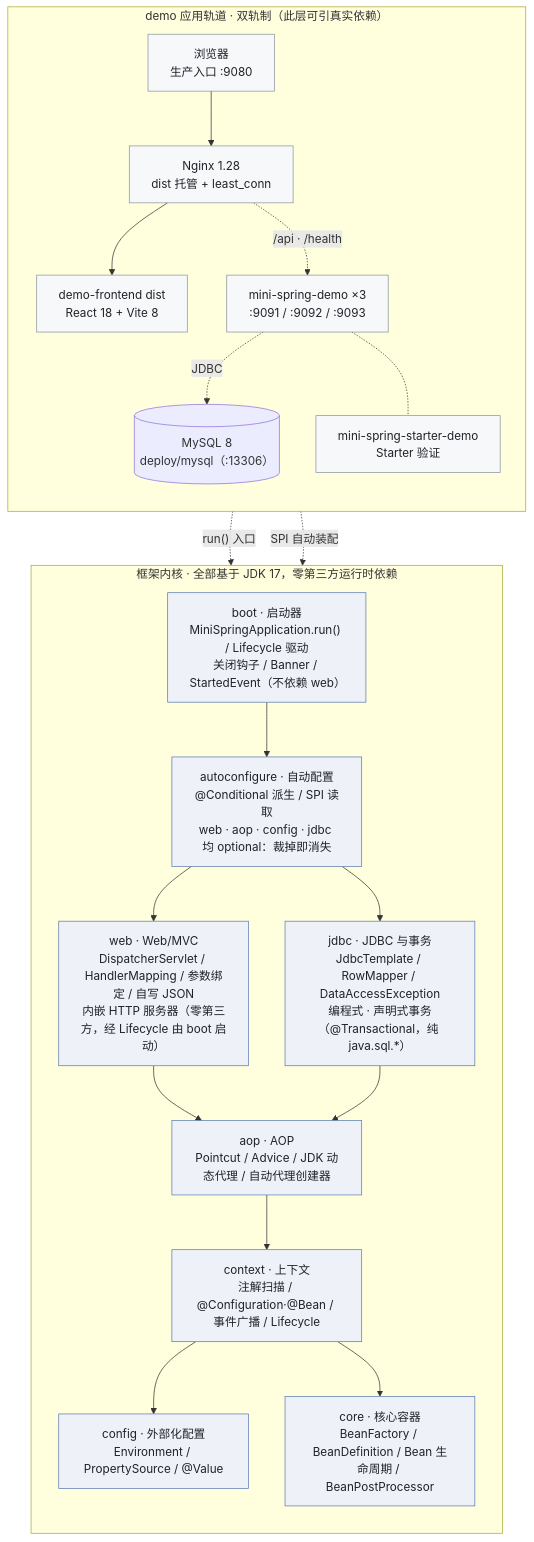
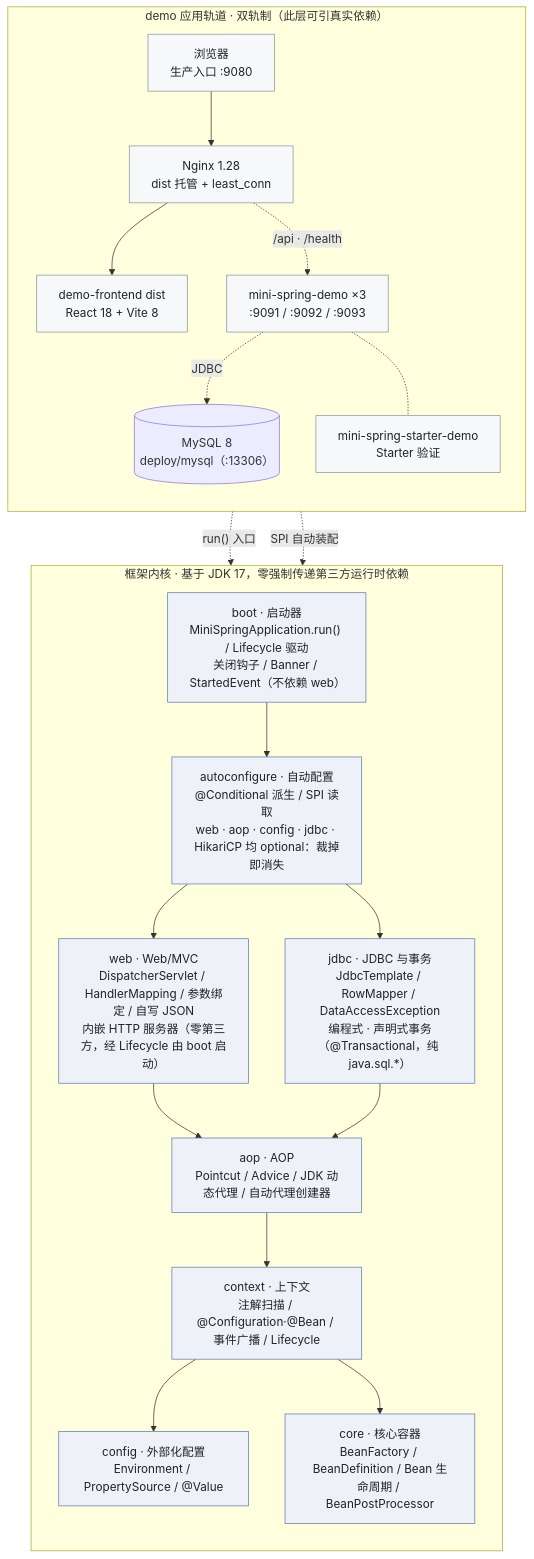
One commit to NoctilumeDev/MiniSpringBoot changed the diagram in README.md. Above: the diagram before and after it, drawn with Mermaid. The commit also changed other lines of this file and 9 other files, not shown here.

````diff
--- a/README.md
+++ b/README.md
@@ -65,43 +65,43 @@
 ```mermaid
 graph TD
-    subgraph KERNEL["框架内核 · 全部基于 JDK 17，零第三方运行时依赖"]
+    subgraph KERNEL["框架内核 · 基于 JDK 17，零强制传递第三方运行时依赖"]
         direction TB
         BOOT["boot · 启动器<br/>MiniSpringApplication.run() / Lifecycle 驱动<br/>关闭钩子 / Banner / StartedEvent（不依赖 web）"]
-        AUTO["autoconfigure · 自动配置<br/>@Conditional 派生 / SPI 读取<br/>web · aop · config · jdbc 均 optional：裁掉即消失"]
+        AUTO["autoconfigure · 自动配置<br/>@Conditional 派生 / SPI 读取<br/>web · aop · config · jdbc · HikariCP 均 optional：裁掉即消失"]
         WEB["web · Web/MVC<br/>DispatcherServlet / HandlerMapping / 参数绑定 / 自写 JSON<br/>内嵌 HTTP 服务器（零第三方，经 Lifecycle 由 boot 启动）"]
         JDBC["jdbc · JDBC 与事务<br/>JdbcTemplate / RowMapper / DataAccessException<br/>编程式 · 声明式事务（@Transactional，纯 java.sql.*）"]
         AOP["aop · AOP<br/>Pointcut / Advice / JDK 动态代理 / 自动代理创建器"]
         CTX["context · 上下文<br/>注解扫描 / @Configuration·@Bean / 事件广播 / Lifecycle"]
         CFG["config · 外部化配置<br/>Environment / PropertySource / @Value"]
         CORE["core · 核心容器<br/>BeanFactory / BeanDefinition / Bean 生命周期 / BeanPostProcessor"]
         BOOT --> AUTO
         AUTO --> WEB
         AUTO --> JDBC
         WEB --> AOP
         JDBC --> AOP
         AOP --> CTX
         CTX --> CFG
         CTX --> CORE
     end
     subgraph DEMO["demo 应用轨道 · 双轨制（此层可引真实依赖）"]
         direction TB
         BROWSER["浏览器<br/>生产入口 :9080"]
         NGINX["Nginx 1.28<br/>dist 托管 + least_conn"]
         FE["demo-frontend dist<br/>React 18 + Vite 8"]
         APP["mini-spring-demo ×3<br/>:9091 / :9092 / :9093"]
         STARTER["mini-spring-starter-demo<br/>Starter 验证"]
         DB[("MySQL 8<br/>deploy/mysql（:13306）")]
         BROWSER --> NGINX
         NGINX --> FE
         NGINX -. "/api · /health" .-> APP
         APP -. "JDBC" .-> DB
         APP -.- STARTER
     end
     APP -. "run() 入口" .-> BOOT
     STARTER -. "SPI 自动装配" .-> AUTO
 
     classDef kernelNode fill:#eef2f8,stroke:#5b7db1,color:#1f2328
     classDef demoNode fill:#f6f8fa,stroke:#8b949e,color:#1f2328
     class BOOT,AUTO,WEB,JDBC,AOP,CTX,CFG,CORE kernelNode
     class BROWSER,NGINX,FE,APP,STARTER demoNode
 ```
````
